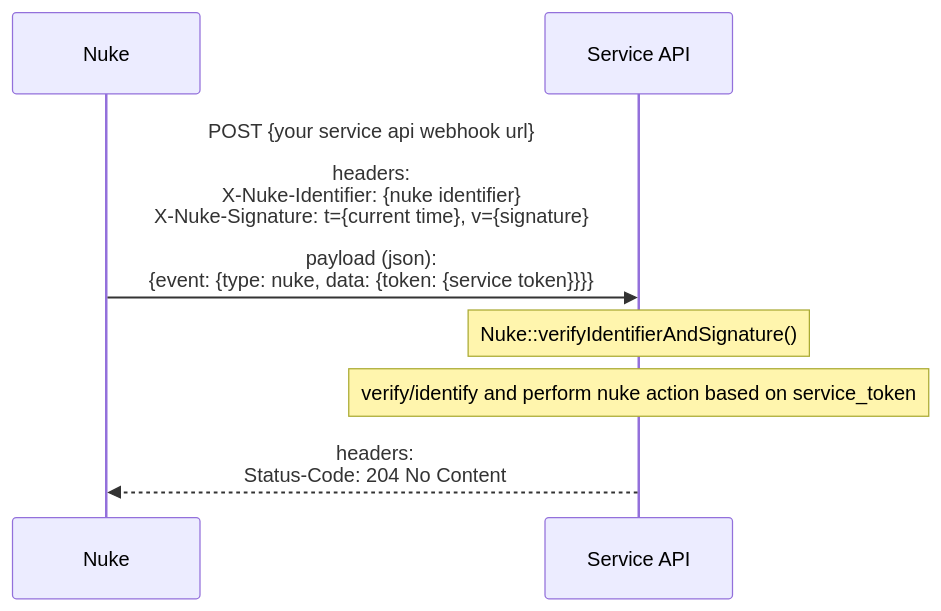
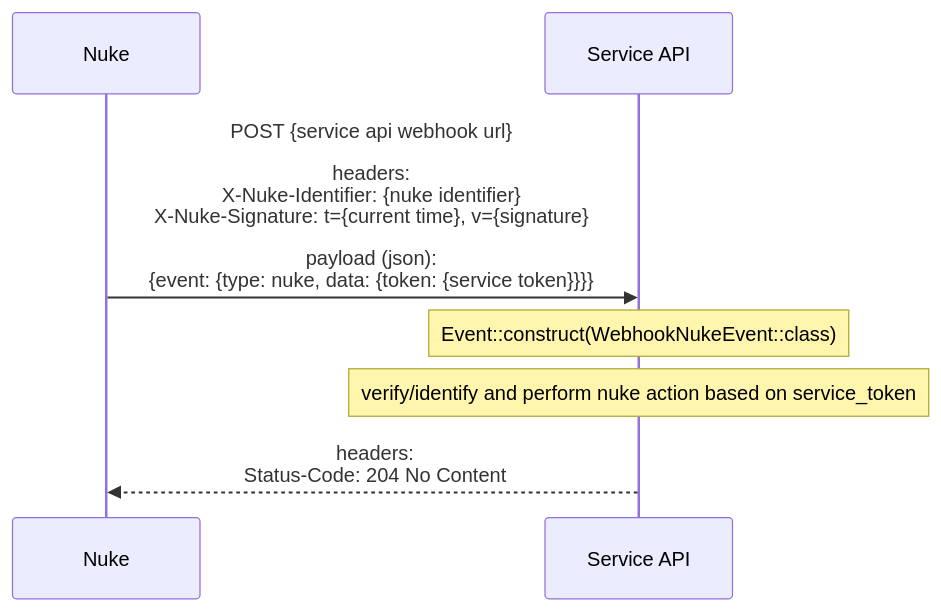
Before and after one commit to nukefromorbit/nuke-php: the sixth of 6 diagrams in README.md, drawn with Mermaid. The commit also changed other lines of this file and 15 other files, not shown here.

Commit message:
feat(nuke): service implementation

````diff
--- a/README.md
+++ b/README.md
@@ -76,13 +102,13 @@
 ```mermaid
 sequenceDiagram
     participant nuke as Nuke
     participant service_api as Service API
 
-    nuke ->> service_api: POST {your service api webhook url}<br><br>headers:<br>X-Nuke-Identifier: {nuke identifier}<br>X-Nuke-Signature: t={current time}, v={signature}<br><br>payload (json):<br>{event: {type: nuke, data: {token: {service token}}}}
+    nuke ->> service_api: POST {service api webhook url}<br><br>headers:<br>X-Nuke-Identifier: {nuke identifier}<br>X-Nuke-Signature: t={current time}, v={signature}<br><br>payload (json):<br>{event: {type: nuke, data: {token: {service token}}}}
 
-    note over service_api: Nuke::verifyIdentifierAndSignature()
+    note over service_api: Event::construct(WebhookNukeEvent::class)
 
     note over service_api: verify/identify and perform nuke action based on service_token
 
     service_api -->> nuke: headers:<br>Status-Code: 204 No Content
 ```
````
